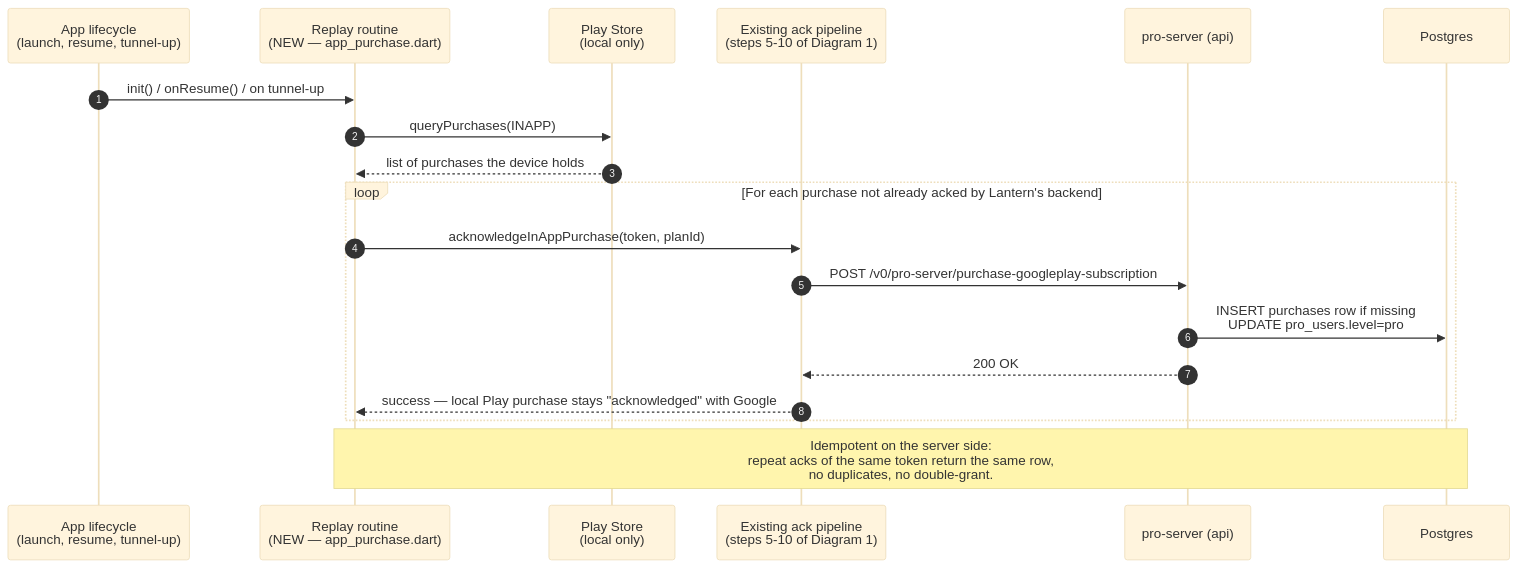
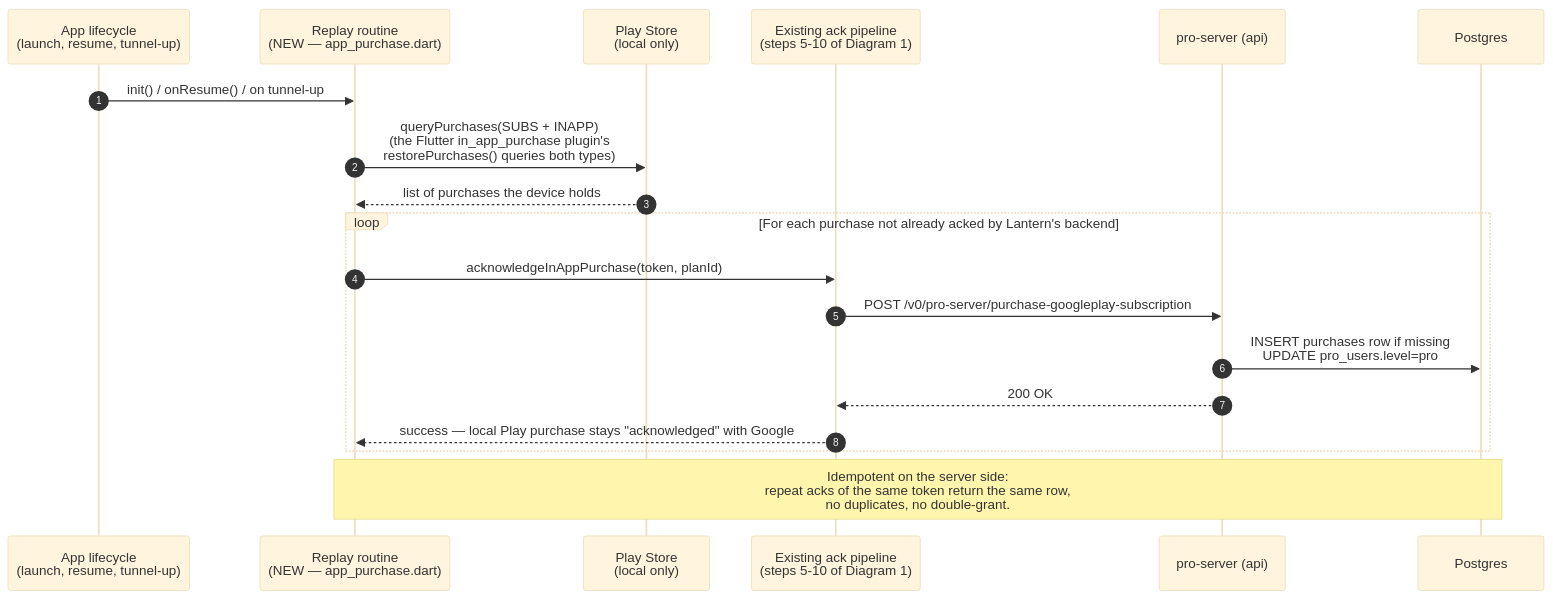
One commit to getlantern/lantern changed the third of 3 diagrams in docs/purchases/google-play-purchase-flow.md. Above: the diagram before and after it, drawn with Mermaid (base theme). The commit also changed other lines of this file, not shown here.

First line of the commit message:
docs: address PR review on google-play-purchase-flow

````diff
--- a/docs/purchases/google-play-purchase-flow.md
+++ b/docs/purchases/google-play-purchase-flow.md
@@ -107,22 +109,22 @@
 ```mermaid
 sequenceDiagram
     autonumber
     participant AppLifecycle as App lifecycle<br/>(launch, resume, tunnel-up)
     participant Replay as Replay routine<br/>(NEW — app_purchase.dart)
     participant Play as Play Store<br/>(local only)
     participant Pipeline as Existing ack pipeline<br/>(steps 5-10 of Diagram 1)
     participant Pro as pro-server (api)
     participant DB as Postgres
 
     AppLifecycle->>Replay: init() / onResume() / on tunnel-up
-    Replay->>Play: queryPurchases(INAPP)
+    Replay->>Play: queryPurchases(SUBS + INAPP)<br/>(the Flutter in_app_purchase plugin's<br/>restorePurchases() queries both types)
     Play-->>Replay: list of purchases the device holds
     loop For each purchase not already acked by Lantern's backend
         Replay->>Pipeline: acknowledgeInAppPurchase(token, planId)
         Pipeline->>Pro: POST /v0/pro-server/purchase-googleplay-subscription
         Pro->>DB: INSERT purchases row if missing<br/>UPDATE pro_users.level=pro
         Pro-->>Pipeline: 200 OK
         Pipeline-->>Replay: success — local Play purchase stays "acknowledged" with Google
     end
     Note over Replay,DB: Idempotent on the server side:<br/>repeat acks of the same token return the same row,<br/>no duplicates, no double-grant.
 ```
````
